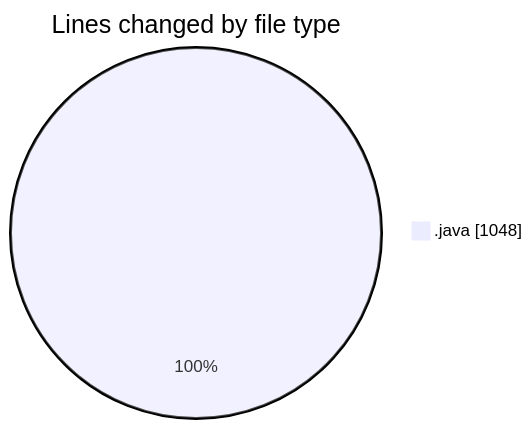
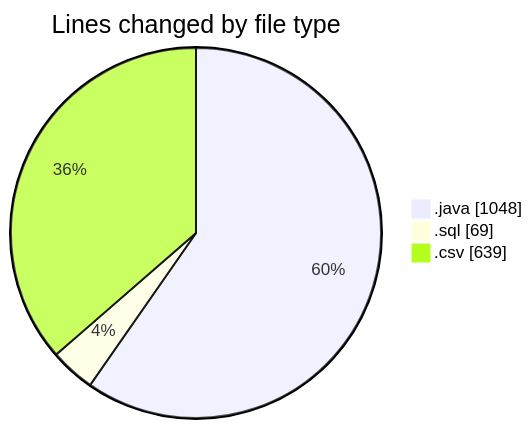
The first of 2 diagrams in 2026-05-28/cilapp/README.md (ricardozamudiocil/code-tracking), drawn with Mermaid before and after one commit. The commit also changed other lines of this file and 1 other file, not shown here.

````diff
--- a/2026-05-28/cilapp/README.md
+++ b/2026-05-28/cilapp/README.md
@@ -20,5 +22,7 @@
 ```mermaid
 pie showData
 title Lines changed by file type
 ".java" : 1048
+".sql" : 69
+".csv" : 639
 ```
````
